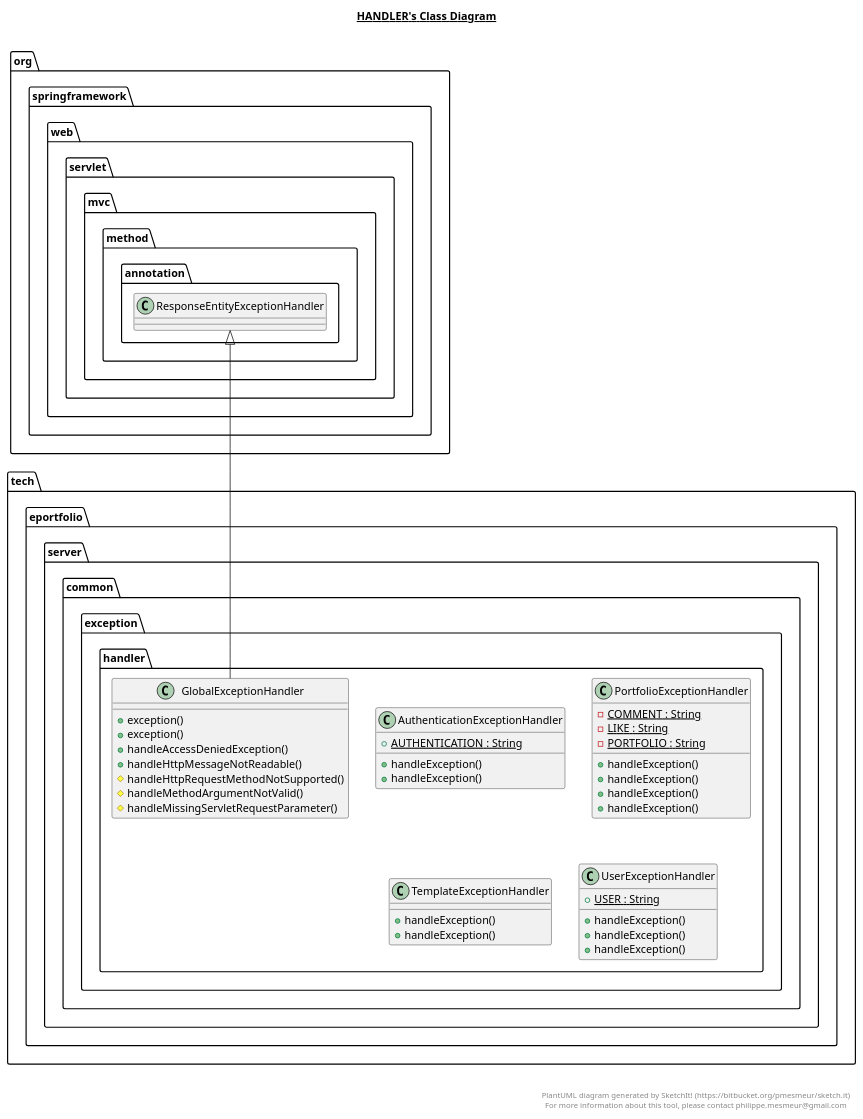
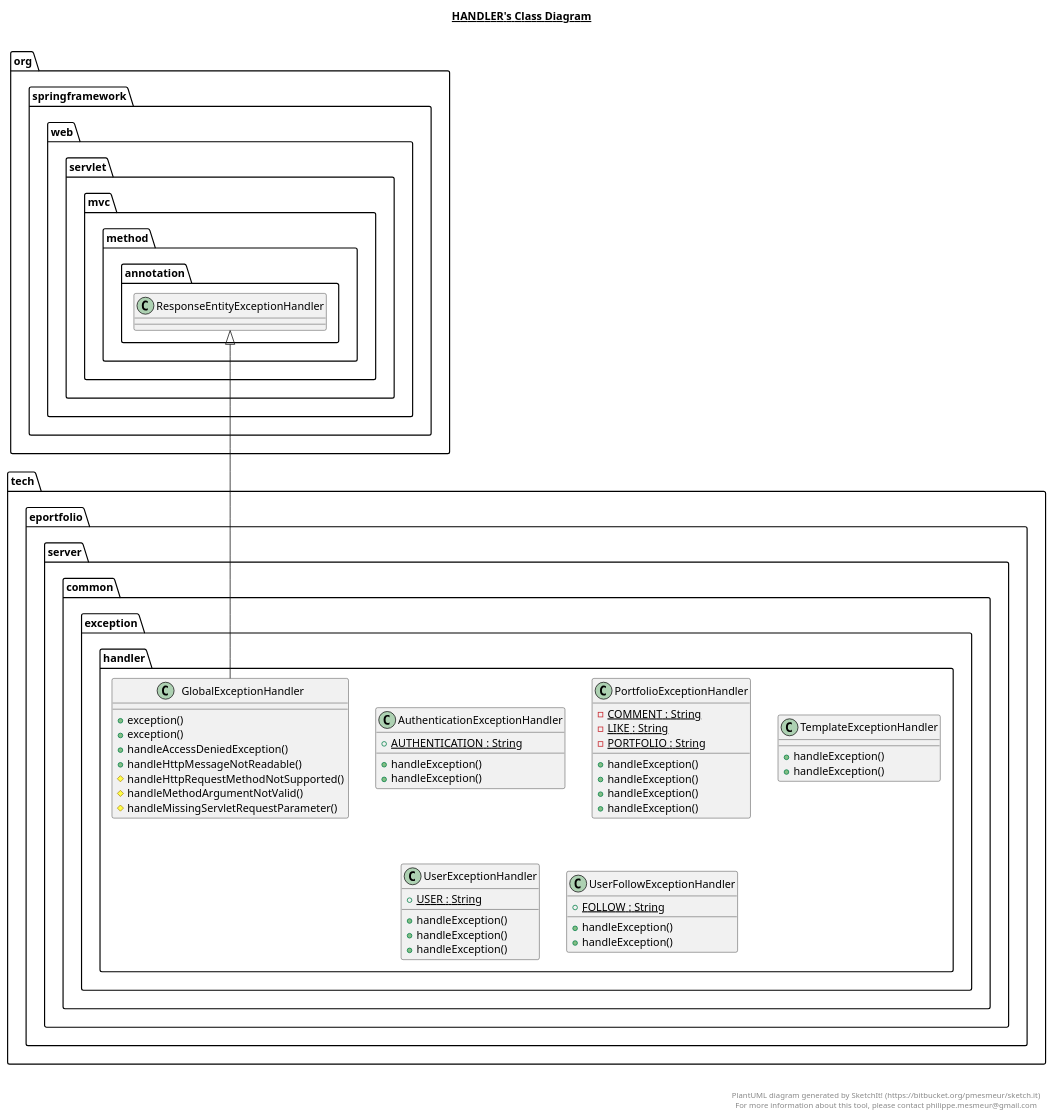
Before and after one commit to eportfolio-tech/server: the diagram in src/main/java/tech/eportfolio/server/common/exception/handler/handler.plantuml, drawn with PlantUML. The commit also changed 33 other files, not shown here.

Commit message:
docs: Upload diagrams

```diff
--- a/src/main/java/tech/eportfolio/server/common/exception/handler/handler.plantuml
+++ b/src/main/java/tech/eportfolio/server/common/exception/handler/handler.plantuml
@@ -1,98 +1,101 @@
 @startuml
 
 title __HANDLER's Class Diagram__\n
 
   namespace tech.eportfolio.server {
-    namespace common {
-      namespace exception {
-        namespace handler {
-          class tech.eportfolio.server.common.exception.handler.AuthenticationExceptionHandler {
-              {static} + AUTHENTICATION : String
-              + handleException()
-              + handleException()
-          }
+    namespace common.exception {
+      namespace handler {
+        class tech.eportfolio.server.common.exception.handler.AuthenticationExceptionHandler {
+            {static} + AUTHENTICATION : String
+            + handleException()
+            + handleException()
         }
       }
     }
   }
   
 
   namespace tech.eportfolio.server {
-    namespace common {
-      namespace exception {
-        namespace handler {
-          class tech.eportfolio.server.common.exception.handler.GlobalExceptionHandler {
-              + exception()
-              + exception()
-              + handleAccessDeniedException()
-              + handleHttpMessageNotReadable()
-              # handleHttpRequestMethodNotSupported()
-              # handleMethodArgumentNotValid()
-              # handleMissingServletRequestParameter()
-          }
+    namespace common.exception {
+      namespace handler {
+        class tech.eportfolio.server.common.exception.handler.GlobalExceptionHandler {
+            + exception()
+            + exception()
+            + handleAccessDeniedException()
+            + handleHttpMessageNotReadable()
+            # handleHttpRequestMethodNotSupported()
+            # handleMethodArgumentNotValid()
+            # handleMissingServletRequestParameter()
         }
       }
     }
   }
   
 
   namespace tech.eportfolio.server {
-    namespace common {
-      namespace exception {
-        namespace handler {
-          class tech.eportfolio.server.common.exception.handler.PortfolioExceptionHandler {
-              {static} - COMMENT : String
-              {static} - LIKE : String
-              {static} - PORTFOLIO : String
-              + handleException()
-              + handleException()
-              + handleException()
-              + handleException()
-          }
+    namespace common.exception {
+      namespace handler {
+        class tech.eportfolio.server.common.exception.handler.PortfolioExceptionHandler {
+            {static} - COMMENT : String
+            {static} - LIKE : String
+            {static} - PORTFOLIO : String
+            + handleException()
+            + handleException()
+            + handleException()
+            + handleException()
         }
       }
     }
   }
   
 
   namespace tech.eportfolio.server {
-    namespace common {
-      namespace exception {
-        namespace handler {
-          class tech.eportfolio.server.common.exception.handler.TemplateExceptionHandler {
-              + handleException()
-              + handleException()
-          }
+    namespace common.exception {
+      namespace handler {
+        class tech.eportfolio.server.common.exception.handler.TemplateExceptionHandler {
+            + handleException()
+            + handleException()
         }
       }
     }
   }
   
 
   namespace tech.eportfolio.server {
-    namespace common {
-      namespace exception {
-        namespace handler {
-          class tech.eportfolio.server.common.exception.handler.UserExceptionHandler {
-              {static} + USER : String
-              + handleException()
-              + handleException()
-              + handleException()
-          }
+    namespace common.exception {
+      namespace handler {
+        class tech.eportfolio.server.common.exception.handler.UserExceptionHandler {
+            {static} + USER : String
+            + handleException()
+            + handleException()
+            + handleException()
+        }
+      }
+    }
+  }
+  
+
+  namespace tech.eportfolio.server {
+    namespace common.exception {
+      namespace handler {
+        class tech.eportfolio.server.common.exception.handler.UserFollowExceptionHandler {
+            {static} + FOLLOW : String
+            + handleException()
+            + handleException()
         }
       }
     }
   }
   
 
   tech.eportfolio.server.common.exception.handler.GlobalExceptionHandler -up-|> org.springframework.web.servlet.mvc.method.annotation.ResponseEntityExceptionHandler
 
 
 right footer
 
 
 PlantUML diagram generated by SketchIt! (https://bitbucket.org/pmesmeur/sketch.it)
 For more information about this tool, please contact philippe.mesmeur@gmail.com
 endfooter
 
 @enduml
```
